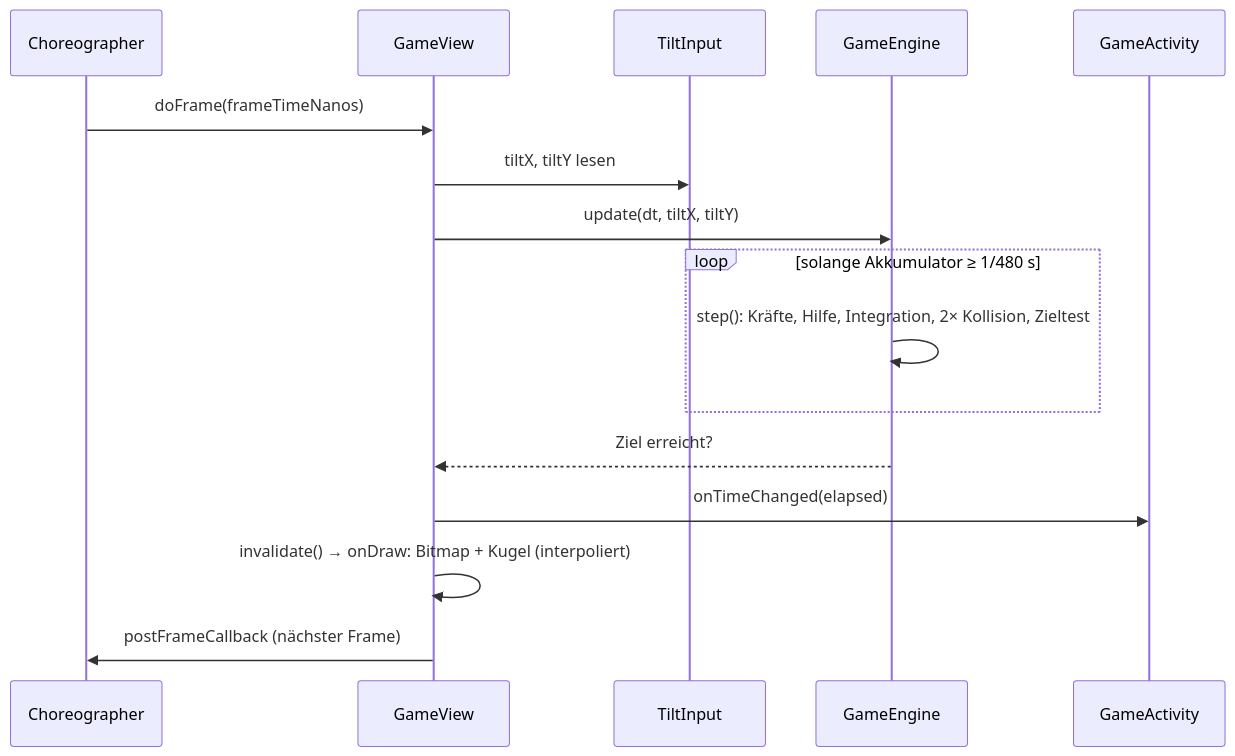
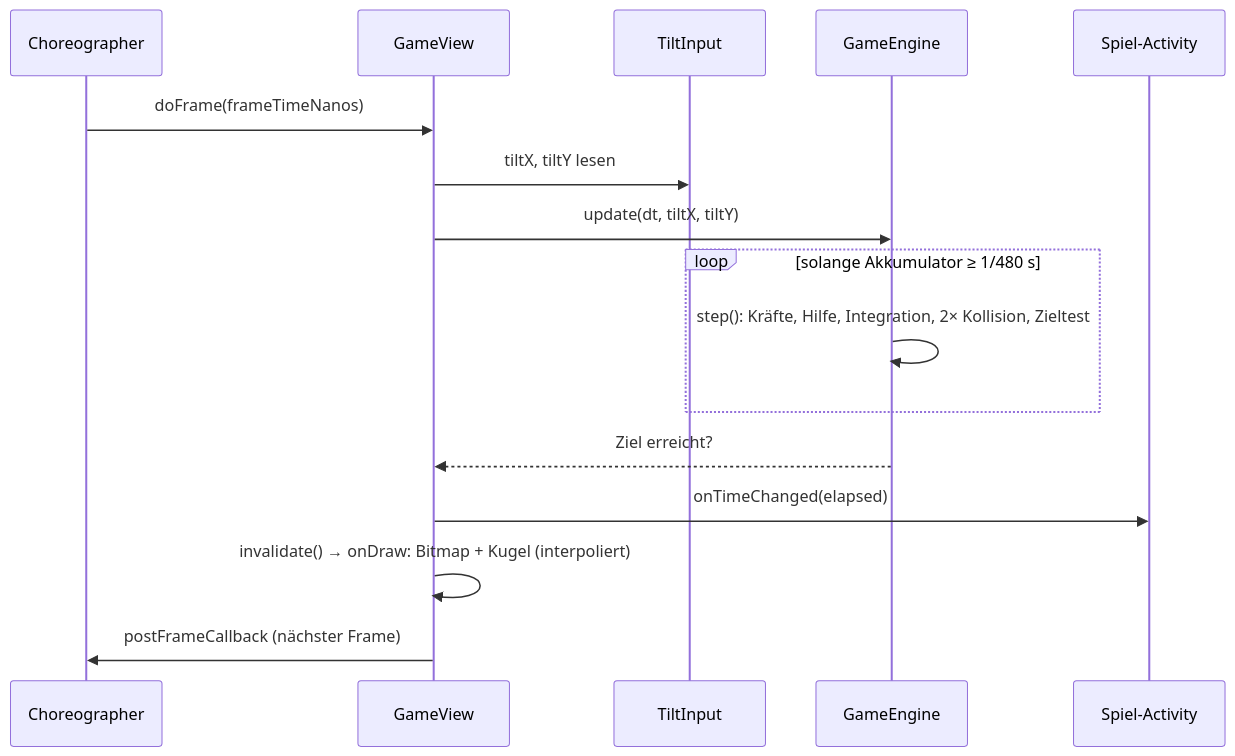
Before and after one commit to Neon153/kugel-labyrinth: the fourth of 6 diagrams in docs/02-architektur.md, drawn with Mermaid. The commit also changed other lines of this file and 9 other files, not shown here.

````diff
--- a/docs/02-architektur.md
+++ b/docs/02-architektur.md
@@ -165,18 +185,18 @@
 ```mermaid
 sequenceDiagram
     participant C as Choreographer
     participant V as GameView
     participant T as TiltInput
     participant E as GameEngine
-    participant A as GameActivity
+    participant A as Spiel-Activity
     C->>V: doFrame(frameTimeNanos)
     V->>T: tiltX, tiltY lesen
     V->>E: update(dt, tiltX, tiltY)
     loop solange Akkumulator ≥ 1/480 s
         E->>E: step(): Kräfte, Hilfe, Integration, 2× Kollision, Zieltest
     end
     E-->>V: Ziel erreicht?
     V->>A: onTimeChanged(elapsed)
     V->>V: invalidate() → onDraw: Bitmap + Kugel (interpoliert)
     V->>C: postFrameCallback (nächster Frame)
 ```
````
